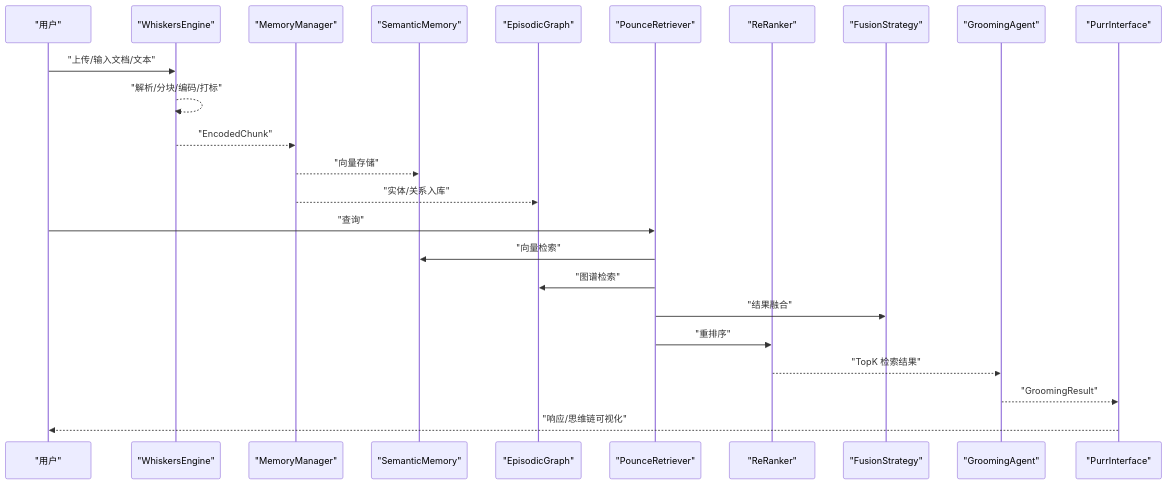
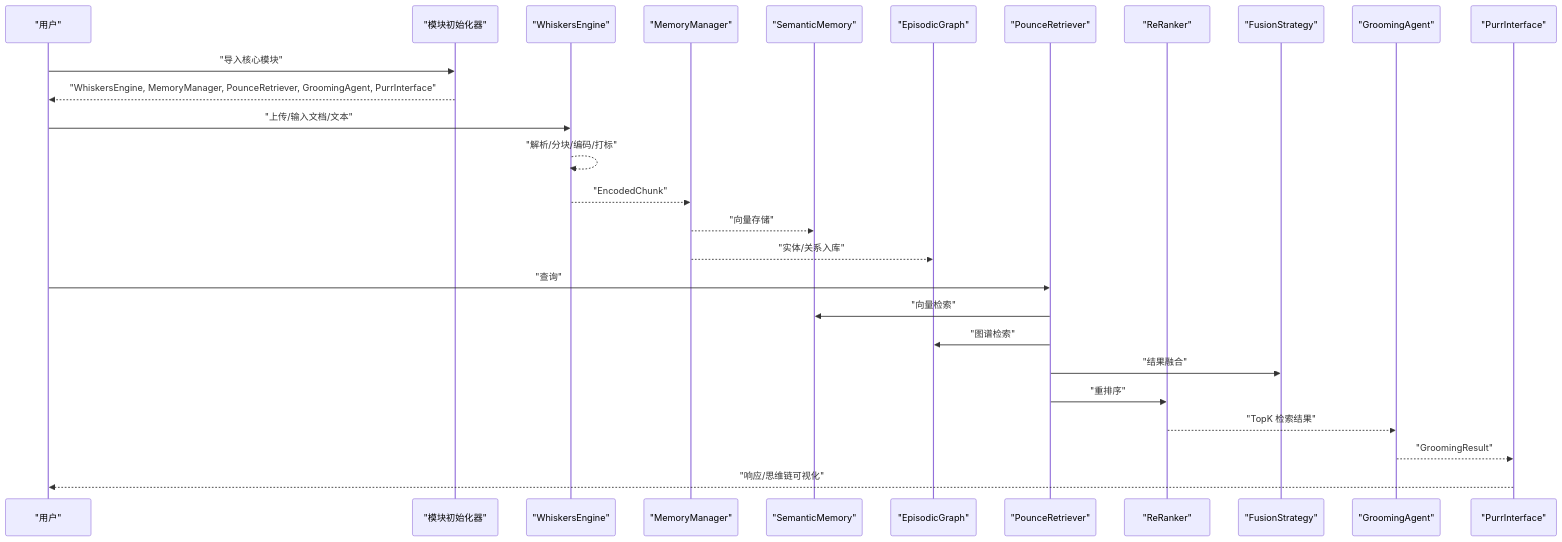
Before and after one commit to JieGaoPrinceton/NecoRAG: the second of 8 diagrams in .qoder/repowiki/zh/content/核心模块详解/核心模块详解.md, drawn with Mermaid. The commit also changed other lines of this file and 44 other files, not shown here.

````diff
--- a/.qoder/repowiki/zh/content/核心模块详解/核心模块详解.md
+++ b/.qoder/repowiki/zh/content/核心模块详解/核心模块详解.md
@@ -144,26 +177,29 @@
 ```mermaid
 sequenceDiagram
 participant U as "用户"
+participant INIT as "模块初始化器"
 participant WE as "WhiskersEngine"
 participant MM as "MemoryManager"
 participant SM as "SemanticMemory"
 participant EG as "EpisodicGraph"
 participant PR as "PounceRetriever"
 participant RR as "ReRanker"
 participant FS as "FusionStrategy"
 participant GA as "GroomingAgent"
 participant PI as "PurrInterface"
+U->>INIT : "导入核心模块"
+INIT-->>U : "WhiskersEngine, MemoryManager, PounceRetriever, GroomingAgent, PurrInterface"
 U->>WE : "上传/输入文档/文本"
 WE-->>WE : "解析/分块/编码/打标"
 WE-->>MM : "EncodedChunk"
 MM-->>SM : "向量存储"
 MM-->>EG : "实体/关系入库"
 U->>PR : "查询"
 PR->>SM : "向量检索"
 PR->>EG : "图谱检索"
 PR->>FS : "结果融合"
 PR->>RR : "重排序"
 RR-->>GA : "TopK 检索结果"
 GA-->>PI : "GroomingResult"
 PI-->>U : "响应/思维链可视化"
 ```
````
